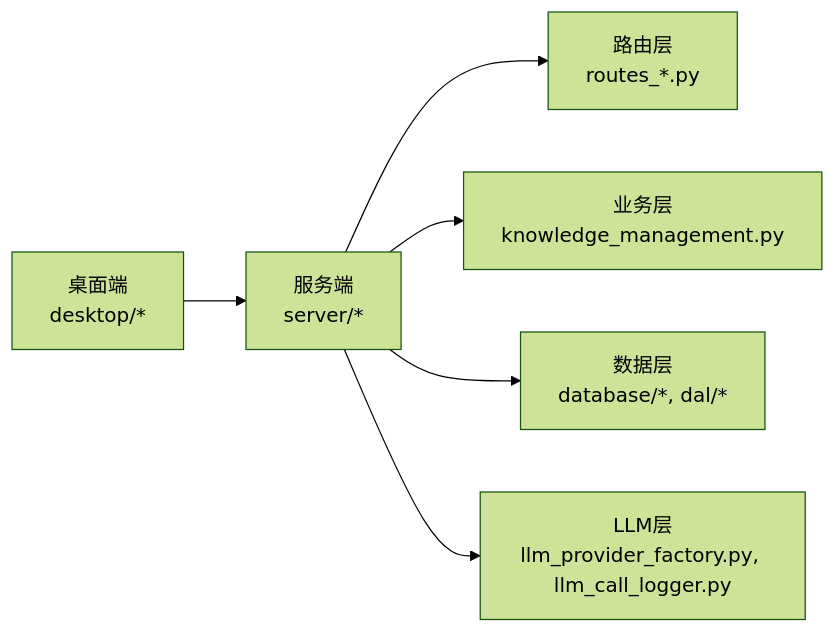
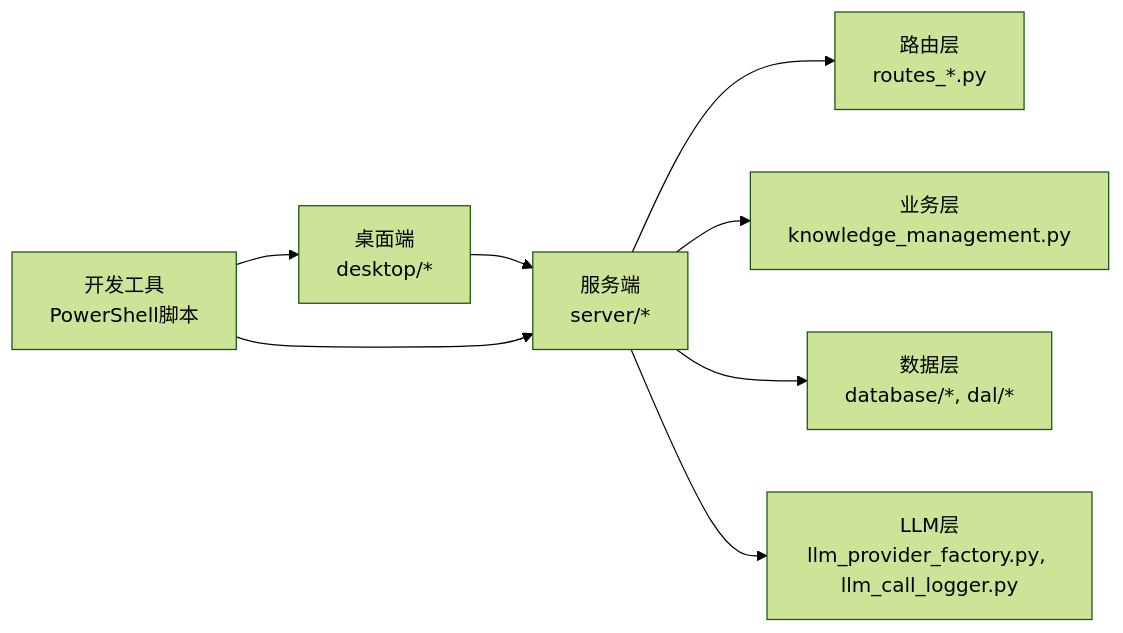
One commit to abokyoy/LectureLearnLoop changed the eighth of 8 diagrams in .qoder/repowiki/zh/content/开发指南.md. Above: the diagram before and after it, drawn with Mermaid (forest theme). The commit also changed other lines of this file and 268 other files, not shown here.

````diff
--- a/.qoder/repowiki/zh/content/开发指南.md
+++ b/.qoder/repowiki/zh/content/开发指南.md
@@ -373,8 +441,10 @@
 ```mermaid
 graph LR
 Desktop["桌面端<br/>desktop/*"] --> Server["服务端<br/>server/*"]
 Server --> Routes["路由层<br/>routes_*.py"]
 Server --> Biz["业务层<br/>knowledge_management.py"]
 Server --> Data["数据层<br/>database/*, dal/*"]
 Server --> LLM["LLM层<br/>llm_provider_factory.py, llm_call_logger.py"]
+DevTools["开发工具<br/>PowerShell脚本"] --> Server
+DevTools --> Desktop
 ```
````
